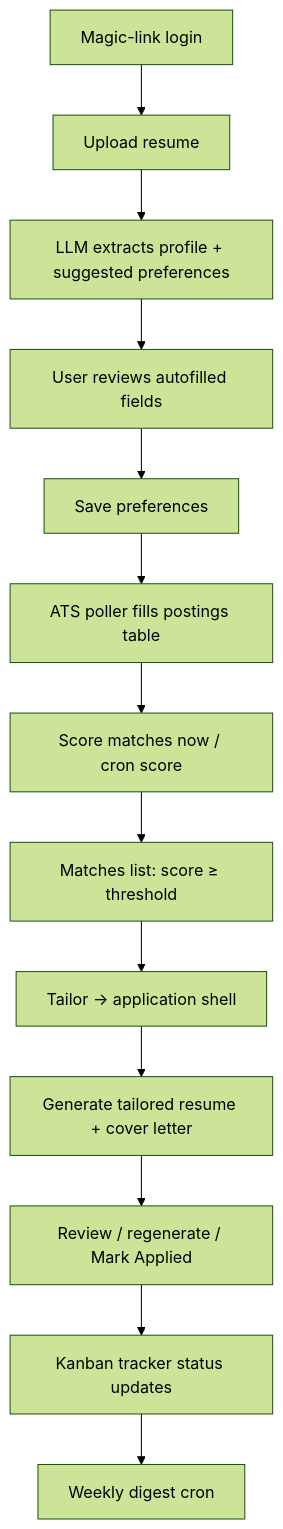
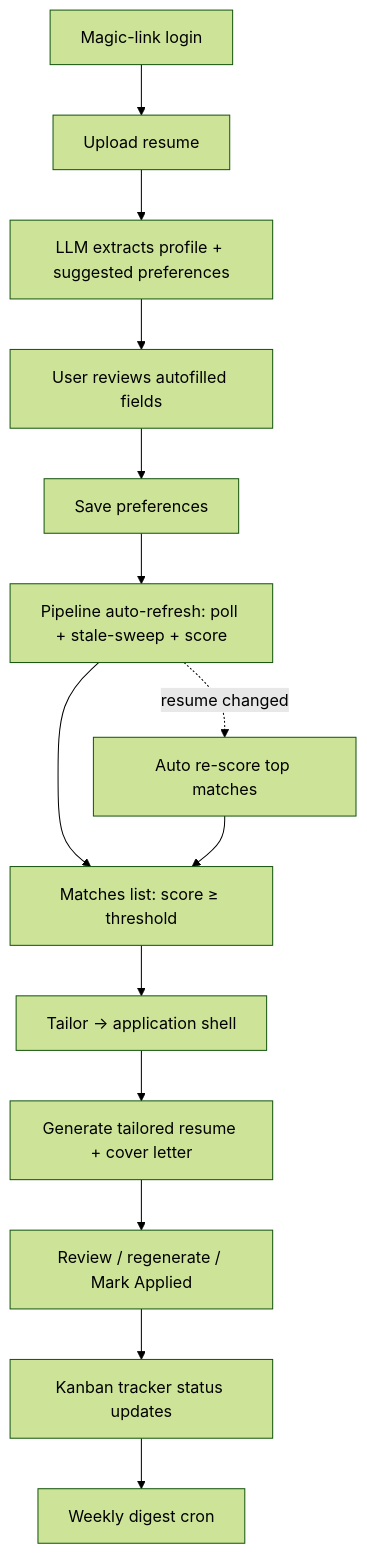
One commit to jxjwilliam/jobPilot changed the second of 13 diagrams in docs/03-jobpilot-workflow.md. Above: the diagram before and after it, drawn with Mermaid (forest theme). The commit also changed other lines of this file and 26 other files, not shown here.

First line of the commit message:
feat: general-purpose job pipeline — auto-refresh, stale expiry, applied filtering, re-scoring

````diff
--- a/docs/03-jobpilot-workflow.md
+++ b/docs/03-jobpilot-workflow.md
@@ -67,15 +74,16 @@
 ```mermaid
 flowchart TD
   A[Magic-link login] --> B[Upload resume]
   B --> C[LLM extracts profile + suggested preferences]
   C --> D[User reviews autofilled fields]
   D --> E[Save preferences]
-  E --> F[ATS poller fills postings table]
-  F --> G[Score matches now / cron score]
-  G --> H[Matches list: score ≥ threshold]
-  H --> I[Tailor → application shell]
-  I --> J[Generate tailored resume + cover letter]
-  J --> K[Review / regenerate / Mark Applied]
-  K --> L[Kanban tracker status updates]
-  L --> M[Weekly digest cron]
+  E --> F[Pipeline auto-refresh: poll + stale-sweep + score]
+  F --> G[Matches list: score ≥ threshold]
+  G --> H[Tailor → application shell]
+  H --> I[Generate tailored resume + cover letter]
+  I --> J[Review / regenerate / Mark Applied]
+  J --> K[Kanban tracker status updates]
+  K --> L[Weekly digest cron]
+  F -. resume changed .-> R[Auto re-score top matches]
+  R --> G
 ```
````
